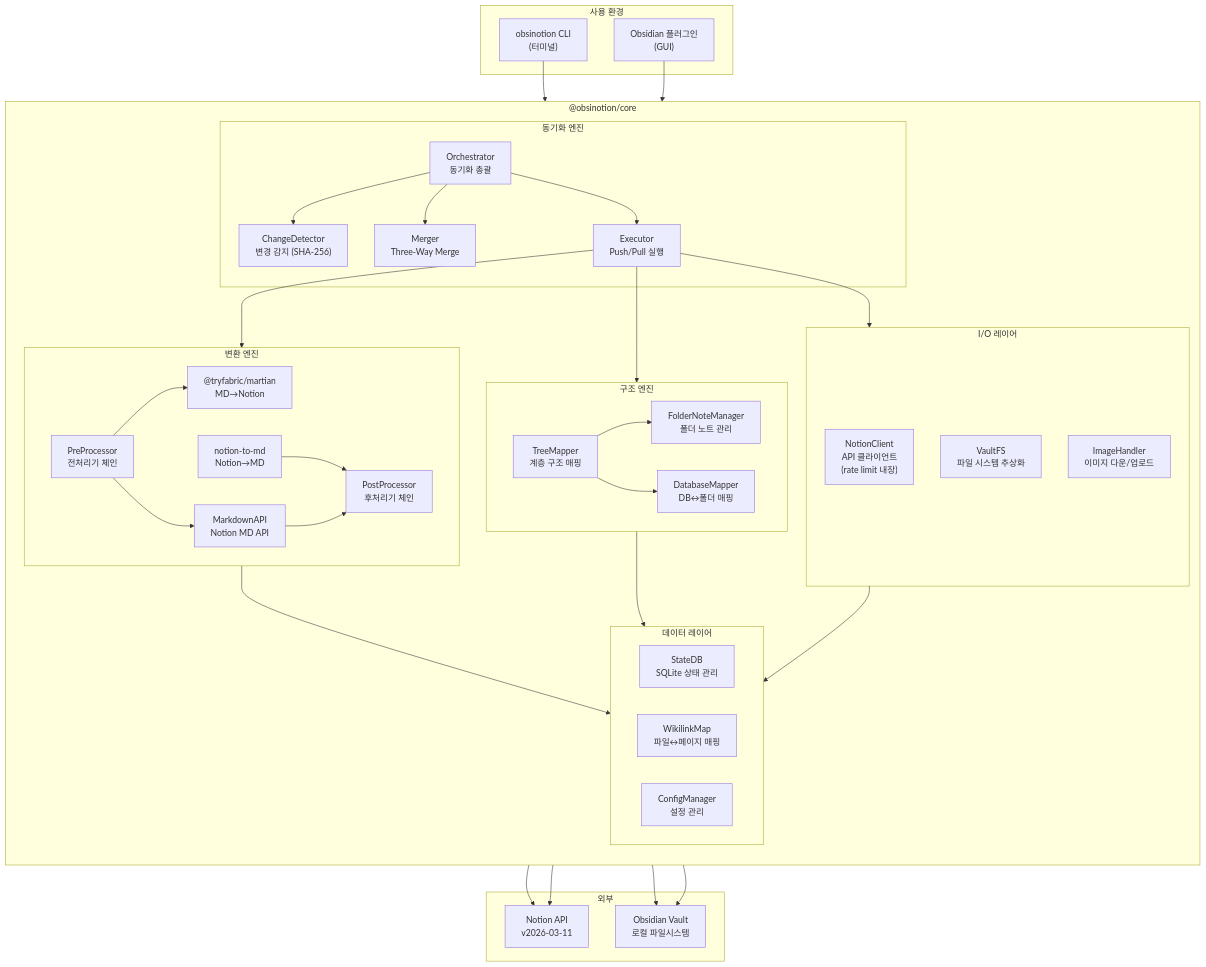
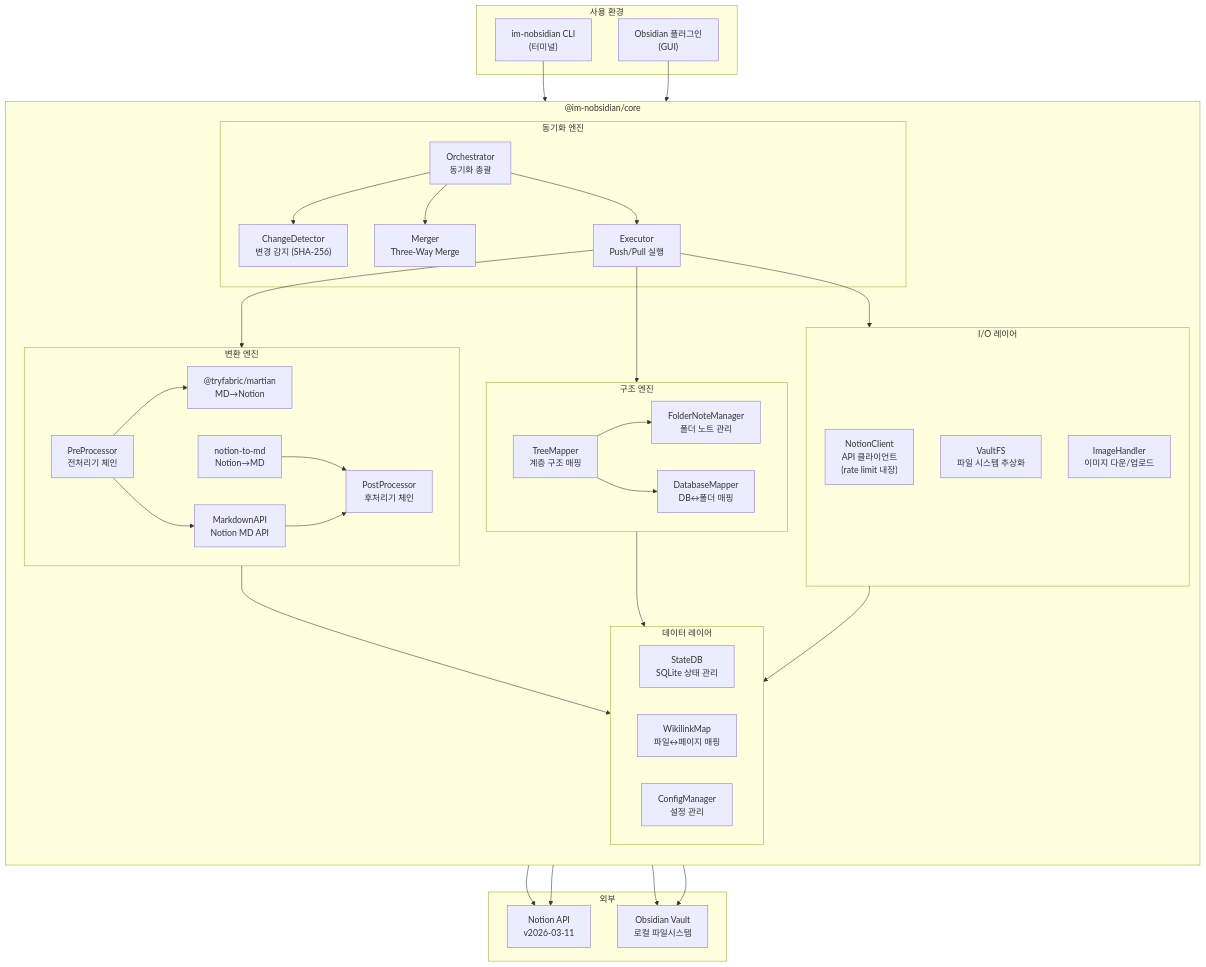
One commit to JaylenAI/Im-Nobsidian changed the first of 7 diagrams in docs/02-architecture/SYSTEM_ARCHITECTURE.md. Above: the diagram before and after it, drawn with Mermaid. The commit also changed other lines of this file and 97 other files, not shown here.

````diff
--- a/docs/02-architecture/SYSTEM_ARCHITECTURE.md
+++ b/docs/02-architecture/SYSTEM_ARCHITECTURE.md
@@ -10,77 +10,77 @@
 ```mermaid
 flowchart TD
     subgraph Client["사용 환경"]
-        CLI["obsinotion CLI<br/>(터미널)"]
+        CLI["im-nobsidian CLI<br/>(터미널)"]
         Plugin["Obsidian 플러그인<br/>(GUI)"]
     end
 
-    subgraph Core["@obsinotion/core"]
+    subgraph Core["@im-nobsidian/core"]
         direction TB
 
         subgraph Sync["동기화 엔진"]
             Orchestrator["Orchestrator<br/>동기화 총괄"]
             ChangeDetector["ChangeDetector<br/>변경 감지 (SHA-256)"]
             Merger["Merger<br/>Three-Way Merge"]
             Executor["Executor<br/>Push/Pull 실행"]
         end
 
         subgraph Convert["변환 엔진"]
             PreProcessor["PreProcessor<br/>전처리기 체인"]
             PostProcessor["PostProcessor<br/>후처리기 체인"]
             Martian["@tryfabric/martian<br/>MD→Notion"]
             NotionToMd["notion-to-md<br/>Notion→MD"]
             MarkdownAPI["MarkdownAPI<br/>Notion MD API"]
         end
 
         subgraph Structure["구조 엔진"]
             TreeMapper["TreeMapper<br/>계층 구조 매핑"]
             FolderNote["FolderNoteManager<br/>폴더 노트 관리"]
             DBMapper["DatabaseMapper<br/>DB↔폴더 매핑"]
         end
 
         subgraph Data["데이터 레이어"]
             StateDB["StateDB<br/>SQLite 상태 관리"]
             WikilinkMap["WikilinkMap<br/>파일↔페이지 매핑"]
             ConfigManager["ConfigManager<br/>설정 관리"]
         end
 
         subgraph IO["I/O 레이어"]
             NotionClient["NotionClient<br/>API 클라이언트<br/>(rate limit 내장)"]
             VaultFS["VaultFS<br/>파일 시스템 추상화"]
             ImageHandler["ImageHandler<br/>이미지 다운/업로드"]
         end
     end
 
     subgraph External["외부"]
         NotionAPI["Notion API<br/>v2026-03-11"]
         FileSystem["Obsidian Vault<br/>로컬 파일시스템"]
     end
 
     CLI --> Orchestrator
     Plugin --> Orchestrator
 
     Orchestrator --> ChangeDetector
     Orchestrator --> Merger
     Orchestrator --> Executor
 
     Executor --> Convert
     Executor --> Structure
     Executor --> IO
 
     PreProcessor --> Martian
     PreProcessor --> MarkdownAPI
     NotionToMd --> PostProcessor
     MarkdownAPI --> PostProcessor
 
     TreeMapper --> FolderNote
     TreeMapper --> DBMapper
 
     Convert --> Data
     Structure --> Data
     IO --> Data
 
     NotionClient --> NotionAPI
     VaultFS --> FileSystem
     ImageHandler --> NotionAPI
     ImageHandler --> FileSystem
 ```
````
